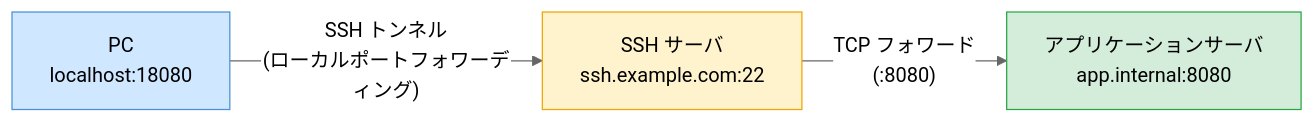
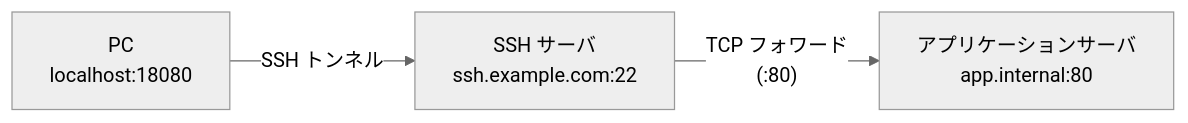
Before and after one commit to nynaka/tech-note: the first of 2 diagrams in docs/server/ssh/ssh_port_foward.md, drawn with Mermaid (neutral theme). The commit also changed other lines of this file and 3 other files, not shown here.

````diff
--- a/docs/server/ssh/ssh_port_foward.md
+++ b/docs/server/ssh/ssh_port_foward.md
@@ -19,13 +64,9 @@
 ```mermaid
 graph LR
     PC["PC\nlocalhost:18080"]
     SSH["SSH サーバ\nssh.example.com:22"]
-    APP["アプリケーションサーバ\napp.internal:8080"]
+    APP["アプリケーションサーバ\napp.internal:80"]
 
-    PC -->|"SSH トンネル\n(ローカルポートフォワーディング)"| SSH
-    SSH -->|"TCP フォワード\n(:8080)"| APP
-
-    style PC fill:#d0e8ff,stroke:#4a90d9
-    style SSH fill:#fff3cd,stroke:#f0a500
-    style APP fill:#d4edda,stroke:#28a745
+    PC -->|"SSH トンネル"| SSH
+    SSH -->|"TCP フォワード\n(:80)"| APP
 ```
````
